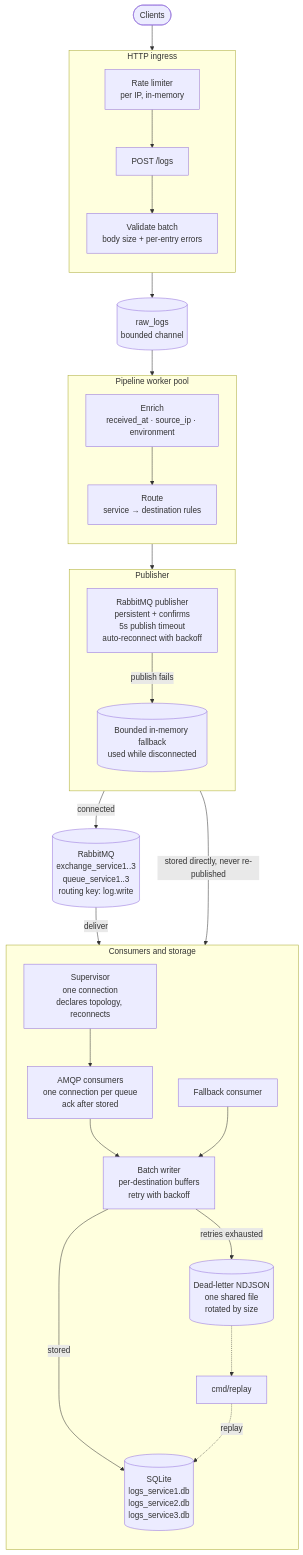
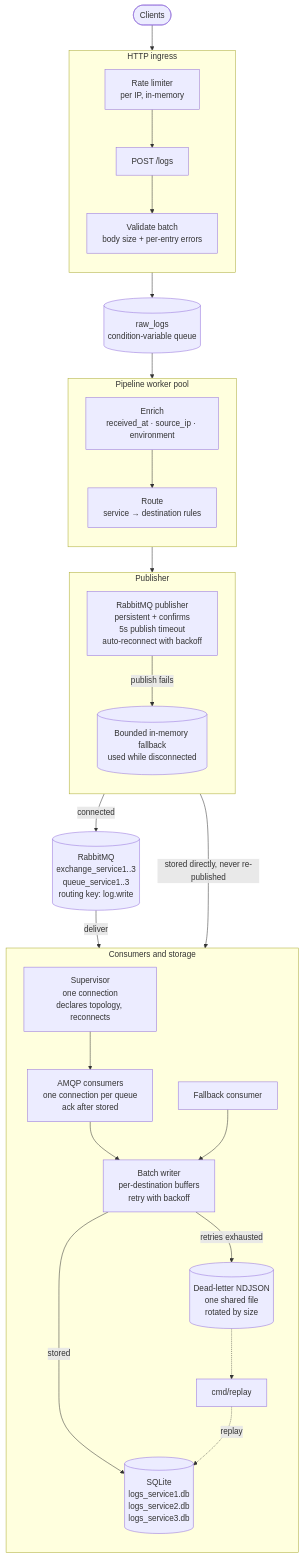
The diagram in README.md (johneliud/log_ingestion_engine), drawn with Mermaid before and after one commit. The commit also changed other lines of this file and 24 other files, not shown here.

````diff
--- a/README.md
+++ b/README.md
@@ -11,52 +11,52 @@
 ```mermaid
 flowchart TB
     client(["Clients"])
 
     subgraph ingress["HTTP ingress"]
         direction TB
         rateLimit["Rate limiter<br/>per IP, in-memory"]
         logsEndpoint["POST /logs"]
         validate["Validate batch<br/>body size + per-entry errors"]
     end
 
-    rawQueue[("raw_logs<br/>bounded channel")]
+    rawQueue[("raw_logs<br/>condition-variable queue")]
 
     subgraph processing["Pipeline worker pool"]
         direction TB
         enrich["Enrich<br/>received_at · source_ip · environment"]
         route["Route<br/>service → destination rules"]
     end
 
     subgraph publishing["Publisher"]
         direction TB
         rabbitPublisher["RabbitMQ publisher<br/>persistent + confirms<br/>5s publish timeout<br/>auto-reconnect with backoff"]
         fallback[("Bounded in-memory fallback<br/>used while disconnected")]
     end
 
     broker[("RabbitMQ<br/>exchange_service1..3<br/>queue_service1..3<br/>routing key: log.write")]
 
     subgraph delivery["Consumers and storage"]
         direction TB
         supervisor["Supervisor<br/>one connection<br/>declares topology, reconnects"]
         amqpConsumer["AMQP consumers<br/>one connection per queue<br/>ack after stored"]
         fallbackConsumer["Fallback consumer"]
         batchWriter["Batch writer<br/>per-destination buffers<br/>retry with backoff"]
         sqlite[("SQLite<br/>logs_service1.db<br/>logs_service2.db<br/>logs_service3.db")]
         deadLetters[("Dead-letter NDJSON<br/>one shared file<br/>rotated by size")]
         replay["cmd/replay"]
     end
 
     client --> rateLimit --> logsEndpoint --> validate --> rawQueue
     rawQueue --> enrich --> route --> rabbitPublisher
     rabbitPublisher -->|"connected"| broker
     rabbitPublisher -->|"publish fails"| fallback
     broker -->|"deliver"| supervisor
     supervisor --> amqpConsumer
     fallback -->|"stored directly, never re-published"| fallbackConsumer
     amqpConsumer --> batchWriter
     fallbackConsumer --> batchWriter
     batchWriter -->|"stored"| sqlite
     batchWriter -->|"retries exhausted"| deadLetters
     deadLetters -.-> replay
     replay -.->|"replay"| sqlite
 ```
````
